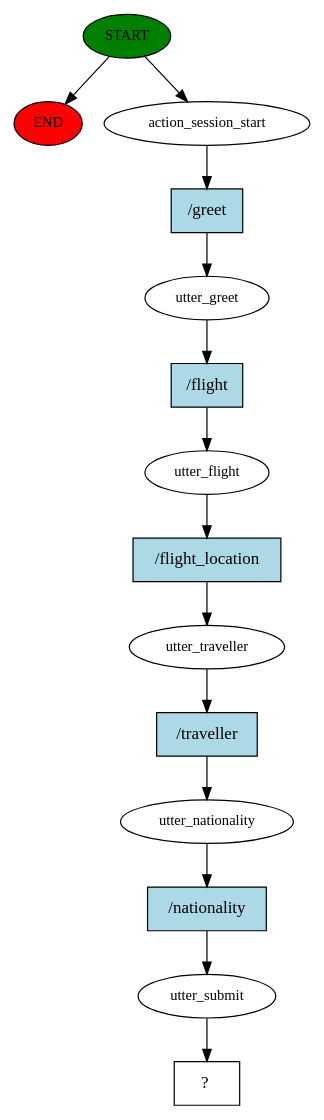
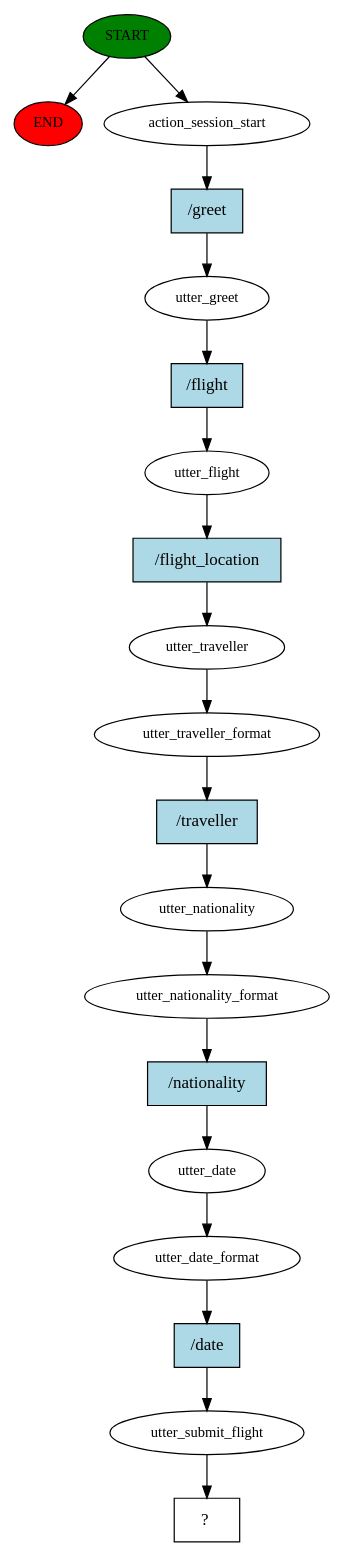
The diagram in story_graph.dot (dristi-sigdel/reservation-bot), drawn with Graphviz before and after one commit. The commit also changed 822 other files, not shown here.

```diff
--- a/story_graph.dot
+++ b/story_graph.dot
@@ -1,29 +1,39 @@
 digraph  {
 0 [class="start active", fillcolor=green, fontsize=12, label=START, style=filled];
 "-1" [class=end, fillcolor=red, fontsize=12, label=END, style=filled];
 1 [class=active, fontsize=12, label=action_session_start];
 2 [class=active, fontsize=12, label=utter_greet];
 3 [class=active, fontsize=12, label=utter_flight];
 4 [class=active, fontsize=12, label=utter_traveller];
-5 [class=active, fontsize=12, label=utter_nationality];
-6 [class=active, fontsize=12, label=utter_submit];
-7 [class="intent dashed active", label="  ?  ", shape=rect];
-8 [class="intent active", fillcolor=lightblue, label="/greet", shape=rect, style=filled];
-9 [class="intent active", fillcolor=lightblue, label="/flight", shape=rect, style=filled];
-10 [class="intent active", fillcolor=lightblue, label="/flight_location", shape=rect, style=filled];
-11 [class="intent active", fillcolor=lightblue, label="/traveller", shape=rect, style=filled];
-12 [class="intent active", fillcolor=lightblue, label="/nationality", shape=rect, style=filled];
+5 [class=active, fontsize=12, label=utter_traveller_format];
+6 [class=active, fontsize=12, label=utter_nationality];
+7 [class=active, fontsize=12, label=utter_nationality_format];
+8 [class=active, fontsize=12, label=utter_date];
+9 [class=active, fontsize=12, label=utter_date_format];
+10 [class=active, fontsize=12, label=utter_submit_flight];
+11 [class="intent dashed active", label="  ?  ", shape=rect];
+12 [class="intent active", fillcolor=lightblue, label="/greet", shape=rect, style=filled];
+13 [class="intent active", fillcolor=lightblue, label="/flight", shape=rect, style=filled];
+14 [class="intent active", fillcolor=lightblue, label="/flight_location", shape=rect, style=filled];
+15 [class="intent active", fillcolor=lightblue, label="/traveller", shape=rect, style=filled];
+16 [class="intent active", fillcolor=lightblue, label="/nationality", shape=rect, style=filled];
+17 [class="intent active", fillcolor=lightblue, label="/date", shape=rect, style=filled];
 0 -> "-1"  [class="", key=NONE, label=""];
 0 -> 1  [class=active, key=NONE, label=""];
-1 -> 8  [class=active, key=0];
-2 -> 9  [class=active, key=0];
-3 -> 10  [class=active, key=0];
-4 -> 11  [class=active, key=0];
-5 -> 12  [class=active, key=0];
+1 -> 12  [class=active, key=0];
+2 -> 13  [class=active, key=0];
+3 -> 14  [class=active, key=0];
+4 -> 5  [class=active, key=NONE, label=""];
+5 -> 15  [class=active, key=0];
 6 -> 7  [class=active, key=NONE, label=""];
-8 -> 2  [class=active, key=0];
-9 -> 3  [class=active, key=0];
-10 -> 4  [class=active, key=0];
-11 -> 5  [class=active, key=0];
-12 -> 6  [class=active, key=0];
+7 -> 16  [class=active, key=0];
+8 -> 9  [class=active, key=NONE, label=""];
+9 -> 17  [class=active, key=0];
+10 -> 11  [class=active, key=NONE, label=""];
+12 -> 2  [class=active, key=0];
+13 -> 3  [class=active, key=0];
+14 -> 4  [class=active, key=0];
+15 -> 6  [class=active, key=0];
+16 -> 8  [class=active, key=0];
+17 -> 10  [class=active, key=0];
 }
```
